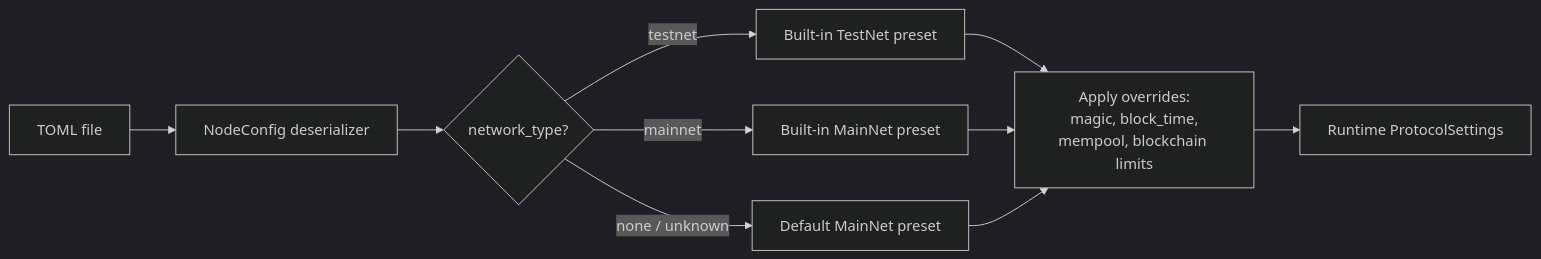
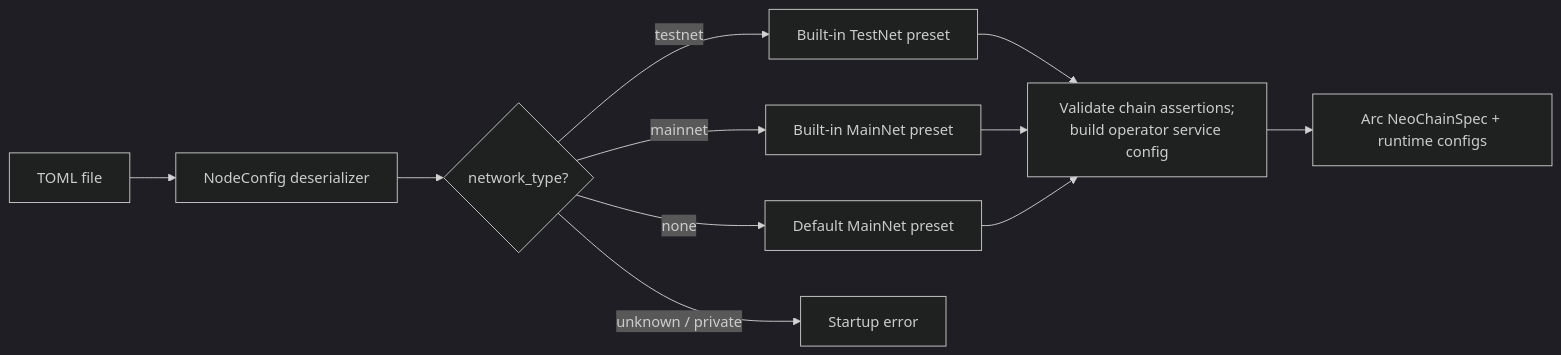
The diagram in docs/configuration.md (r3e-network/neo-rs), drawn with Mermaid (dark theme) before and after one commit. The commit also changed other lines of this file and 704 other files, not shown here.

First line of the commit message:
refactor: converge node architecture and correctness boundaries

````diff
--- a/docs/configuration.md
+++ b/docs/configuration.md
@@ -13,12 +13,13 @@
 ```mermaid
 flowchart LR
     A[TOML file] --> B[NodeConfig deserializer]
     B --> C{network_type?}
     C -->|"testnet"| D[Built-in TestNet preset]
     C -->|"mainnet"| E[Built-in MainNet preset]
-    C -->|none / unknown| F[Default MainNet preset]
-    D --> G[Apply overrides:<br/>magic, block_time,<br/>mempool, blockchain limits]
+    C -->|none| F[Default MainNet preset]
+    C -->|unknown / private| X[Startup error]
+    D --> G[Validate chain assertions;<br/>build operator service config]
     E --> G
     F --> G
-    G --> H[Runtime ProtocolSettings]
+    G --> H[Arc NeoChainSpec + runtime configs]
 ```
````
